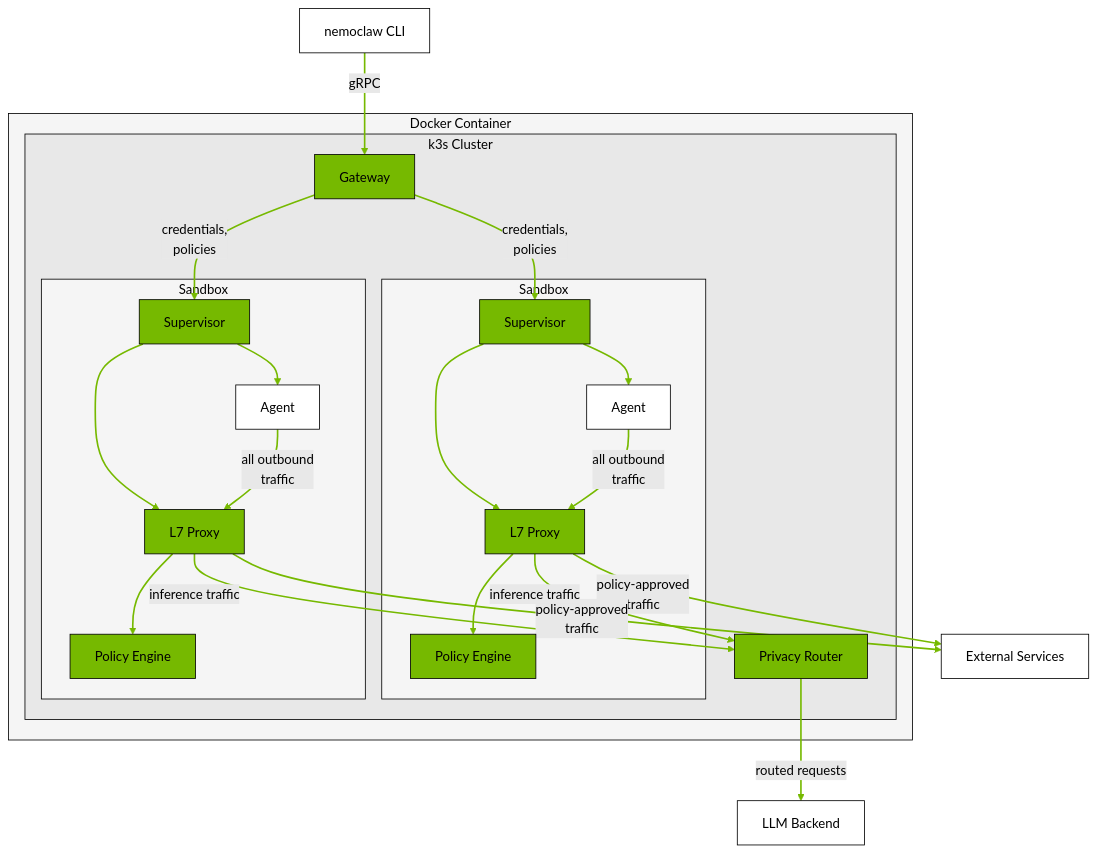
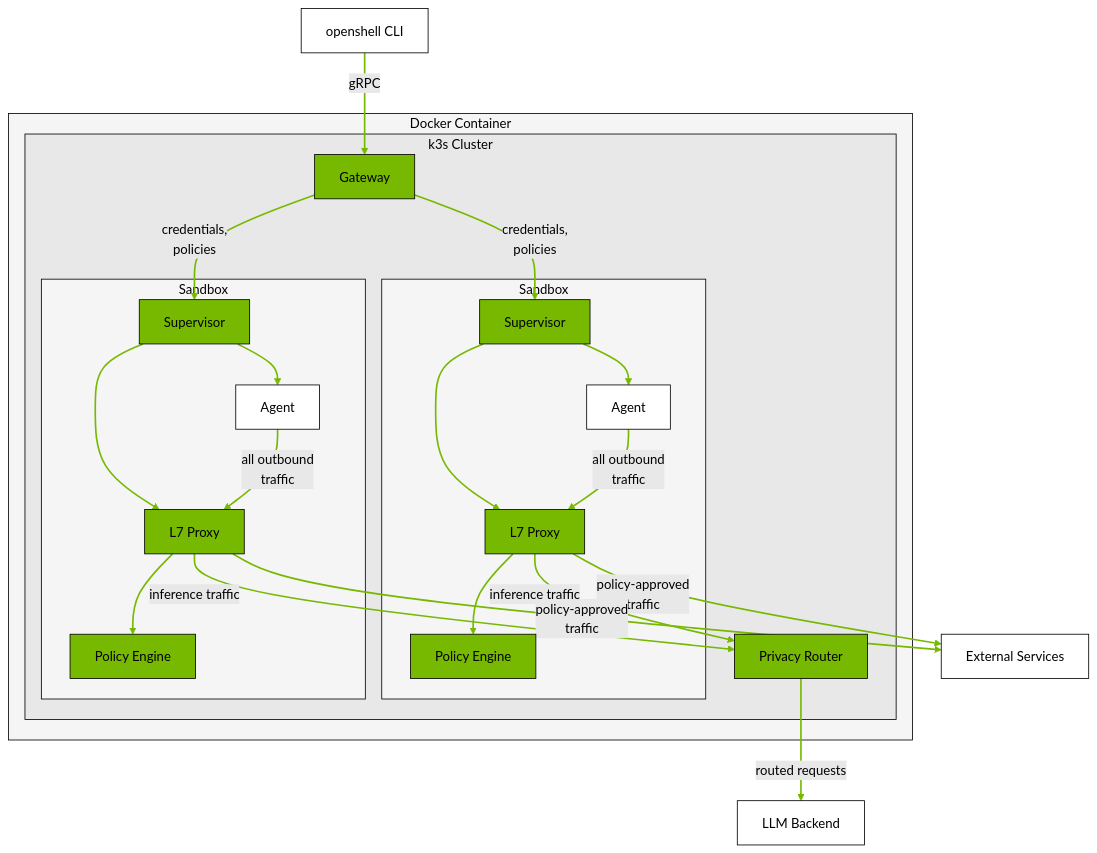
The diagram in docs/reference/architecture.md (NVIDIA/OpenShell), drawn with Mermaid (forest theme) before and after one commit. The commit also changed other lines of this file and 25 other files, not shown here.

````diff
--- a/docs/reference/architecture.md
+++ b/docs/reference/architecture.md
@@ -27,63 +27,63 @@
 ```{mermaid}
 graph TB
     subgraph docker["Docker Container"]
         subgraph k3s["k3s Cluster"]
             gw["Gateway"]
             pr["Privacy Router"]
 
             subgraph pod1["Sandbox"]
                 sup1["Supervisor"]
                 proxy1["L7 Proxy"]
                 pe1["Policy Engine"]
                 agent1["Agent"]
 
                 sup1 --> proxy1
                 sup1 --> agent1
                 proxy1 --> pe1
             end
 
             subgraph pod2["Sandbox"]
                 sup2["Supervisor"]
                 proxy2["L7 Proxy"]
                 pe2["Policy Engine"]
                 agent2["Agent"]
 
                 sup2 --> proxy2
                 sup2 --> agent2
                 proxy2 --> pe2
             end
 
             gw -- "credentials,<br/>policies" --> sup1
             gw -- "credentials,<br/>policies" --> sup2
         end
     end
 
-    cli["nemoclaw CLI"] -- "gRPC" --> gw
+    cli["openshell CLI"] -- "gRPC" --> gw
     agent1 -- "all outbound<br/>traffic" --> proxy1
     agent2 -- "all outbound<br/>traffic" --> proxy2
     proxy1 -- "policy-approved<br/>traffic" --> internet["External Services"]
     proxy2 -- "policy-approved<br/>traffic" --> internet
     proxy1 -- "inference traffic" --> pr
     proxy2 -- "inference traffic" --> pr
     pr -- "routed requests" --> backend["LLM Backend"]
 
     style cli fill:#ffffff,stroke:#000000,color:#000000
     style gw fill:#76b900,stroke:#000000,color:#000000
     style pr fill:#76b900,stroke:#000000,color:#000000
     style sup1 fill:#76b900,stroke:#000000,color:#000000
     style proxy1 fill:#76b900,stroke:#000000,color:#000000
     style pe1 fill:#76b900,stroke:#000000,color:#000000
     style agent1 fill:#ffffff,stroke:#000000,color:#000000
     style sup2 fill:#76b900,stroke:#000000,color:#000000
     style proxy2 fill:#76b900,stroke:#000000,color:#000000
     style pe2 fill:#76b900,stroke:#000000,color:#000000
     style agent2 fill:#ffffff,stroke:#000000,color:#000000
     style internet fill:#ffffff,stroke:#000000,color:#000000
     style backend fill:#ffffff,stroke:#000000,color:#000000
     style docker fill:#f5f5f5,stroke:#000000,color:#000000
     style k3s fill:#e8e8e8,stroke:#000000,color:#000000
     style pod1 fill:#f5f5f5,stroke:#000000,color:#000000
     style pod2 fill:#f5f5f5,stroke:#000000,color:#000000
 
     linkStyle default stroke:#76b900,stroke-width:2px
 ```
````
